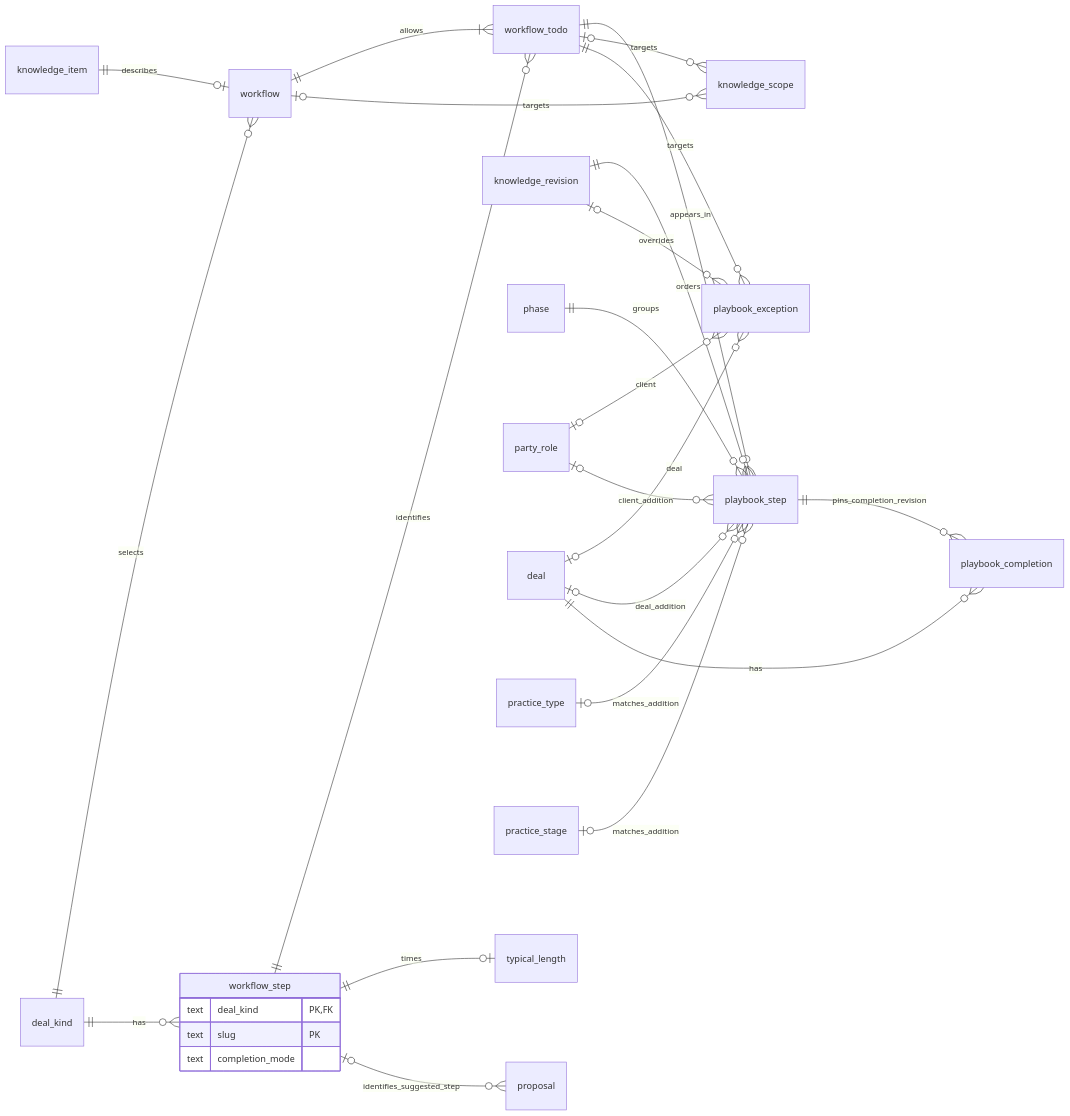
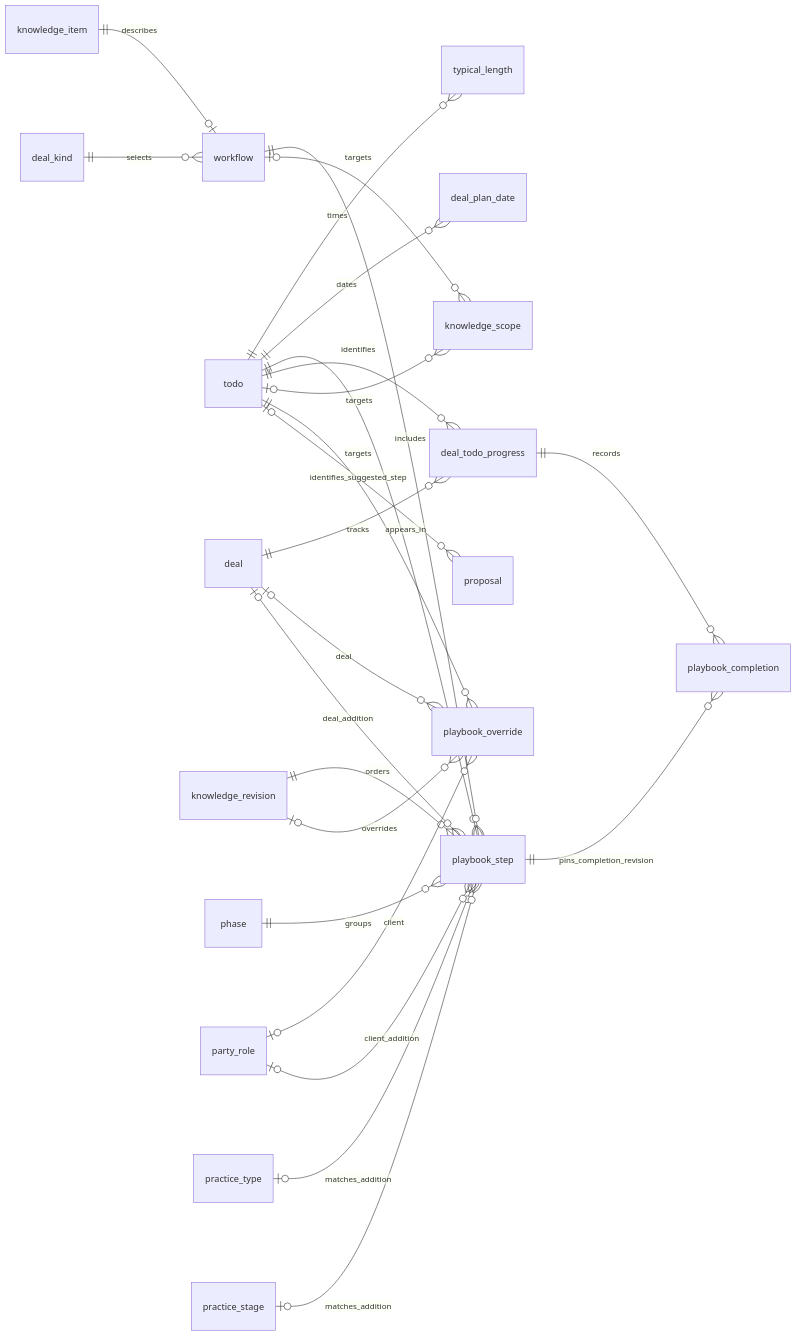
The third of 4 diagrams in docs/knowledge/tables.md (DoctorCRE/doctorcre-engine), drawn with Mermaid before and after one commit. The commit also changed other lines of this file and 6 other files, not shown here.

Commit message:
Keep deal progress on one to-do key

````diff
--- a/docs/knowledge/tables.md
+++ b/docs/knowledge/tables.md
@@ -82,31 +82,27 @@
 ```mermaid
 erDiagram
     direction LR
     knowledge_item ||--o| workflow : describes
     deal_kind ||--o{ workflow : selects
-    deal_kind ||--o{ workflow_step : has
-    workflow_step {
-        text deal_kind PK, FK
-        text slug PK
-        text completion_mode
-    }
-    workflow ||--|{ workflow_todo : allows
-    workflow_step ||--o{ workflow_todo : identifies
-    workflow_step ||--o| typical_length : times
-    workflow_todo ||--o{ playbook_step : appears_in
+    todo ||--o{ typical_length : times
+    todo ||--o{ deal_plan_date : dates
+    todo ||--o{ playbook_step : appears_in
+    workflow ||--o{ playbook_step : includes
+    todo ||--o{ deal_todo_progress : identifies
+    deal ||--o{ deal_todo_progress : tracks
+    deal_todo_progress ||--o{ playbook_completion : records
     knowledge_revision ||--o{ playbook_step : orders
     phase ||--o{ playbook_step : groups
     workflow o|--o{ knowledge_scope : targets
-    workflow_todo o|--o{ knowledge_scope : targets
-    workflow_todo ||--o{ playbook_exception : targets
-    knowledge_revision o|--o{ playbook_exception : overrides
-    party_role o|--o{ playbook_exception : client
-    deal o|--o{ playbook_exception : deal
+    todo o|--o{ knowledge_scope : targets
+    todo ||--o{ playbook_override : targets
+    knowledge_revision o|--o{ playbook_override : overrides
+    party_role o|--o{ playbook_override : client
+    deal o|--o{ playbook_override : deal
     playbook_step ||--o{ playbook_completion : pins_completion_revision
     practice_type o|--o{ playbook_step : matches_addition
     practice_stage o|--o{ playbook_step : matches_addition
     party_role o|--o{ playbook_step : client_addition
     deal o|--o{ playbook_step : deal_addition
-    workflow_step o|--o{ proposal : identifies_suggested_step
-    deal ||--o{ playbook_completion : has
+    todo o|--o{ proposal : identifies_suggested_step
 ```
````
